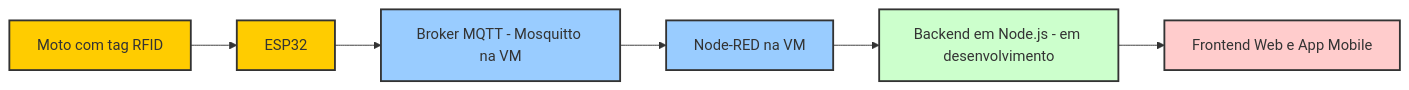
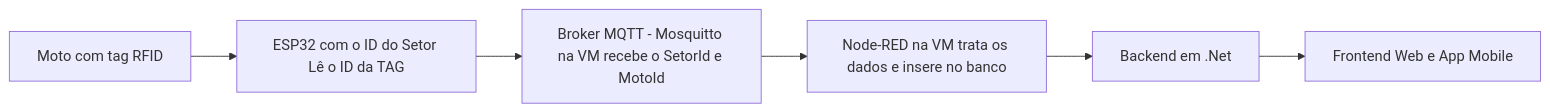
Before and after one commit to Murilo-Capristo/iot-ondetamoto: the diagram in README.md, drawn with Mermaid.

````diff
--- a/README.md
+++ b/README.md
@@ -72,21 +72,9 @@
 ```mermaid
 graph LR
-    A[Moto com tag RFID] --> B[ESP32]
-    B --> C[Broker MQTT - Mosquitto na VM]
-    C --> D[Node-RED na VM]
-    D --> E[Backend em Node.js - em desenvolvimento]
+    A[Moto com tag RFID] --> B[ESP32 com o ID do Setor Lê o ID da TAG]
+    B --> C[Broker MQTT - Mosquitto na VM recebe o SetorId e MotoId]
+    C --> D[Node-RED na VM trata os dados e insere no banco]
+    D --> E[Backend em .Net]
     E --> F[Frontend Web e App Mobile]
 
-    %% Definindo estilos
-    classDef device fill:#ffcc00,stroke:#333,stroke-width:2px;
-    classDef vm fill:#99ccff,stroke:#333,stroke-width:2px;
-    classDef backend fill:#ccffcc,stroke:#333,stroke-width:2px;
-    classDef frontend fill:#ffcccc,stroke:#333,stroke-width:2px;
-
-    %% Aplicando classes
-    class A,B device;
-    class C,D vm;
-    class E backend;
-    class F frontend;
-
 ```
````
